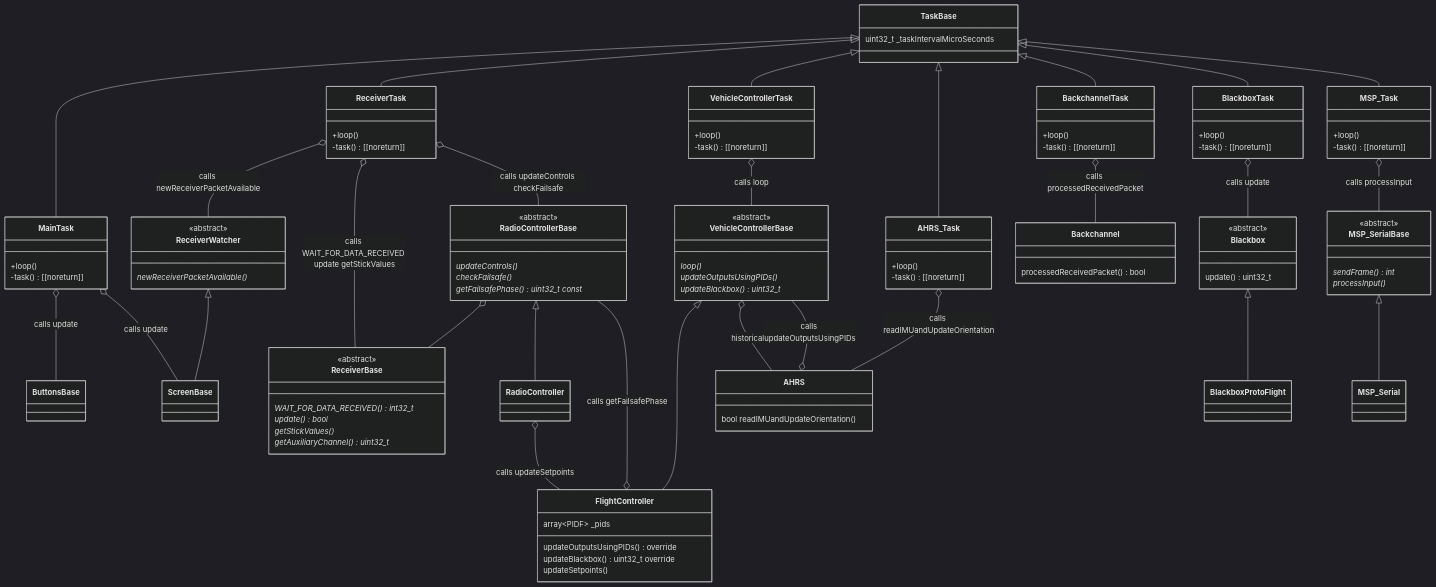
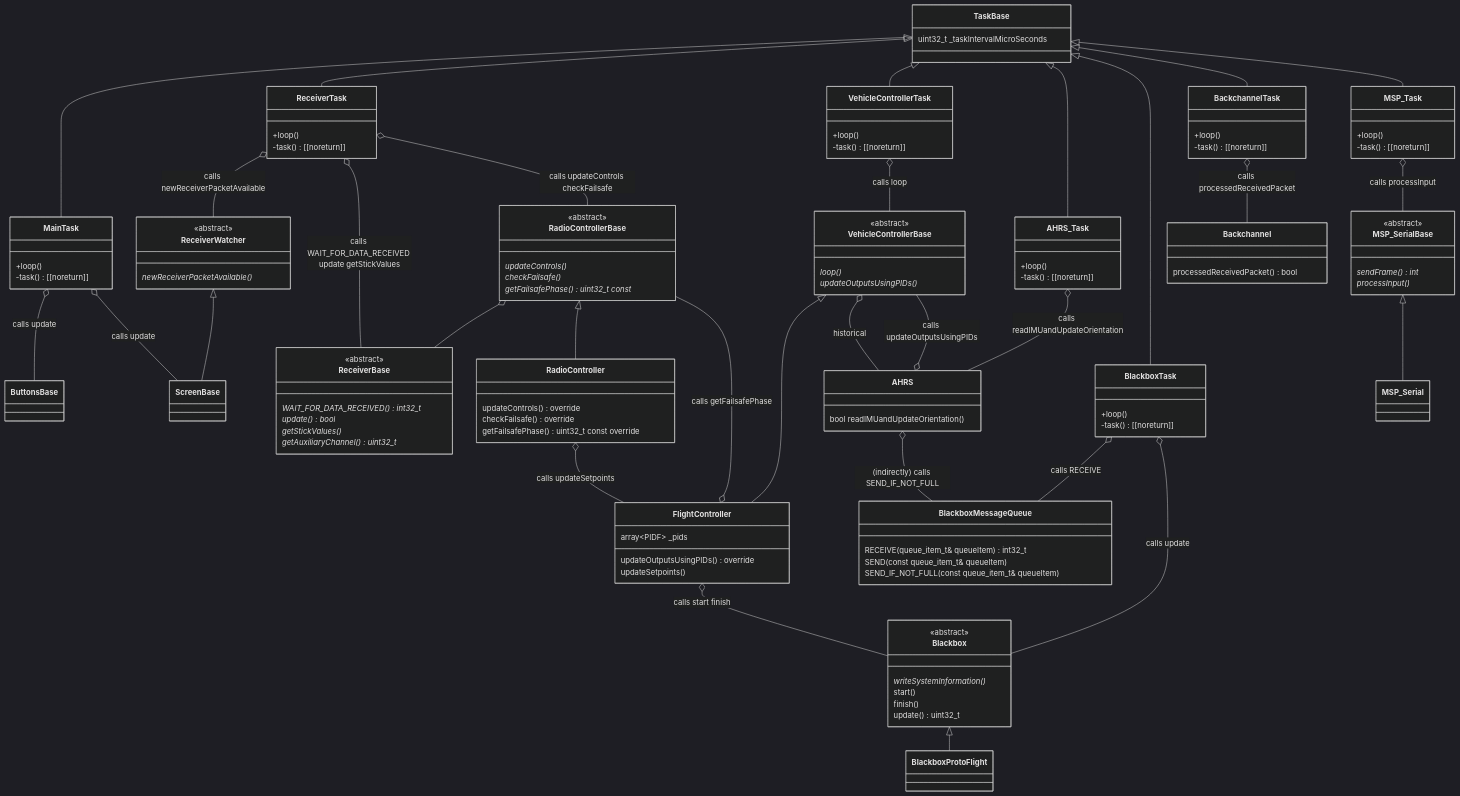
Before and after one commit to martinbudden/Protoflight: the second of 5 diagrams in README.md, drawn with Mermaid (dark theme). The commit also changed other lines of this file and 8 other files, not shown here.

Commit message:
Added BlackboxMessageQueue. Updated to latest libraries. Updated class diagrams.

```diff
--- a/README.md
+++ b/README.md
@@ -377,6 +391,7 @@
     class TaskBase {
         uint32_t _taskIntervalMicroSeconds
     }
+    link TaskBase "https://github.com/martinbudden/Library-TaskBase/blob/main/src/TaskBase.h"
 
     TaskBase <|-- MainTask
     class MainTask {
@@ -392,6 +407,11 @@
         checkFailsafe() *
         getFailsafePhase() uint32_t const *
     }
+    class RadioController {
+        updateControls() override
+        checkFailsafe() override
+        getFailsafePhase() uint32_t const override
+    }
     class ReceiverBase {
         <<abstract>>
         WAIT_FOR_DATA_RECEIVED() int32_t *
@@ -402,9 +422,9 @@
     class FlightController {
         array~PIDF~ _pids
         updateOutputsUsingPIDs() override
-        updateBlackbox() uint32_t override
         updateSetpoints()
     }
+    FlightController o-- Blackbox : calls start finish
     FlightController o-- RadioControllerBase : calls getFailsafePhase
     RadioControllerBase o--ReceiverBase
     RadioControllerBase <|-- RadioController
@@ -415,6 +435,7 @@
         +loop()
         -task() [[noreturn]]
     }
+    link ReceiverTask "https://github.com/martinbudden/Library-Receiver/blob/main/src/ReceiverTask.h"
     class ReceiverWatcher {
         <<abstract>>
         newReceiverPacketAvailable() *
@@ -428,13 +449,13 @@
         <<abstract>>
         loop() *
         updateOutputsUsingPIDs() *
-        updateBlackbox() uint32_t  *
     }
     TaskBase <|-- VehicleControllerTask
     class VehicleControllerTask {
         +loop()
         -task() [[noreturn]]
     }
+    link VehicleControllerTask "https://github.com/martinbudden/Library-StabilizedVehicle/blob/main/src/VehicleControllerTask.h"
     VehicleControllerTask o-- VehicleControllerBase : calls loop
     VehicleControllerBase <|-- FlightController
 
@@ -443,14 +464,22 @@
         +loop()
         -task() [[noreturn]]
     }
+    link AHRS_Task "https://github.com/martinbudden/Library-StabilizedVehicle/blob/main/src/AHRS_Task.h"
     AHRS_Task o-- AHRS : calls readIMUandUpdateOrientation
 
+    class BlackboxMessageQueue {
+        RECEIVE(queue_item_t& queueItem) int32_t
+        SEND(const queue_item_t& queueItem)
+        SEND_IF_NOT_FULL(const queue_item_t& queueItem)
+    }
     class AHRS {
         bool readIMUandUpdateOrientation()
     }
     AHRS o-- VehicleControllerBase : calls updateOutputsUsingPIDs
+    AHRS o-- BlackboxMessageQueue : (indirectly) calls SEND_IF_NOT_FULL
     VehicleControllerBase o-- AHRS : historical
 
+    TaskBase <|-- BlackboxTask
     class Backchannel {
         processedReceivedPacket() bool
     }
@@ -459,25 +488,34 @@
         +loop()
         -task() [[noreturn]]
     }
+    link BackchannelTask "https://github.com/martinbudden/Library-Backchannel/blob/main/src/BackchannelTask.h"
     BackchannelTask o-- Backchannel : calls processedReceivedPacket
 
-    TaskBase <|-- BlackboxTask
     class BlackboxTask {
         +loop()
         -task() [[noreturn]]
     }
+    link BlackboxTask "https://github.com/martinbudden/Library-Blackbox/blob/main/src/BlackboxTask.h"
+    BlackboxTask o-- BlackboxMessageQueue : calls RECEIVE
     BlackboxTask o-- Blackbox : calls update
     class Blackbox {
         <<abstract>>
+        writeSystemInformation() *
+        start()
+        finish()
         update() uint32_t
     }
+    link Blackbox "https://github.com/martinbudden/Library-Blackbox/blob/main/src/Blackbox.h"
     Blackbox <|-- BlackboxProtoFlight
+    class BlackboxProtoFlight
+    link BlackboxProtoFlight "https://github.com/martinbudden/protoflight/blob/main/lib/Blackbox/src/BlackboxProtoFlight.h"
 
     TaskBase <|-- MSP_Task
     class MSP_Task {
         +loop()
         -task() [[noreturn]]
     }
+    link MSP_Task "https://github.com/martinbudden/Library-MultiWiiSerialProtocol/blob/main/src/MSP_Task.h"
     MSP_Task o-- MSP_SerialBase : calls processInput
     MSP_SerialBase <|-- MSP_Serial
     class MSP_SerialBase {
```
